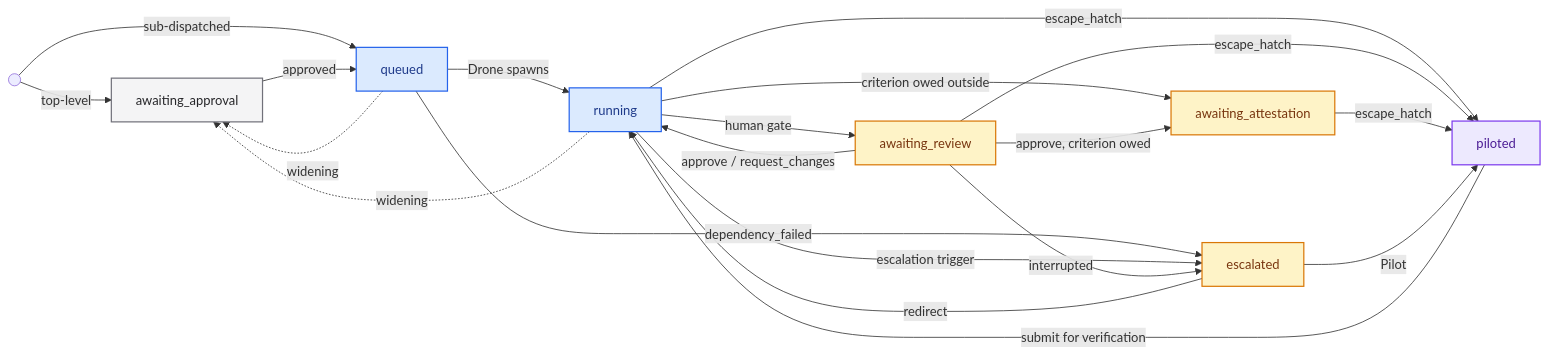
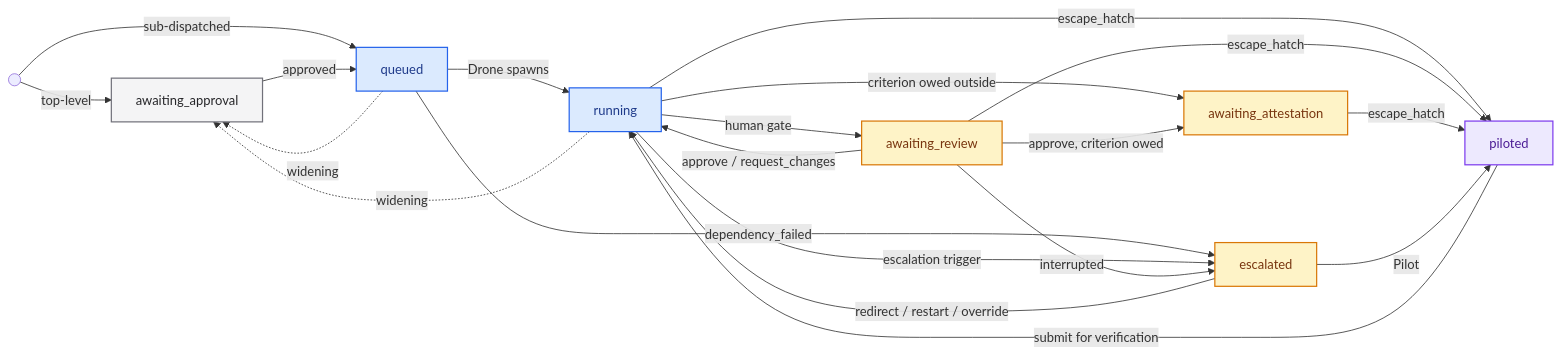
Before and after one commit to NickMele/armada: the second of 3 diagrams in docs/concepts/job.md, drawn with Mermaid. The commit also changed other lines of this file and 25 other files, not shown here.

````diff
--- a/docs/concepts/job.md
+++ b/docs/concepts/job.md
@@ -89,38 +89,38 @@
 ```mermaid
 flowchart LR
   classDef gate fill:#f4f4f5,stroke:#71717a,stroke-width:1.5px,color:#27272a
   classDef drone fill:#dbeafe,stroke:#2563eb,stroke-width:1.5px,color:#1e3a8a
   classDef waited fill:#fef3c7,stroke:#d97706,stroke-width:1.5px,color:#78350f
   classDef worked fill:#ede9fe,stroke:#7c3aed,stroke-width:1.5px,color:#4c1d95
 
   START(( )) -->|top-level| AA
   START -->|sub-dispatched| Q
 
   AA["awaiting_approval"] -->|approved| Q["queued"]
   Q -->|Drone spawns| R["running"]
 
   R -->|human gate| AR["awaiting_review"]
   AR -->|"approve / request_changes"| R
 
   R -->|criterion owed outside| AT["awaiting_attestation"]
   AR -->|"approve, criterion owed"| AT
 
   Q -->|dependency_failed| ESC["escalated"]
   R -->|escalation trigger| ESC
   AR -->|interrupted| ESC
-  ESC -->|redirect| R
+  ESC -->|"redirect / restart / override"| R
 
   R -->|escape_hatch| P["piloted"]
   AR -->|escape_hatch| P
   AT -->|escape_hatch| P
   ESC -->|Pilot| P
   P -->|submit for verification| R
 
   Q -.->|widening| AA
   R -.->|widening| AA
 
   class AA gate
   class Q,R drone
   class AR,ESC,AT waited
   class P worked
 ```
````
